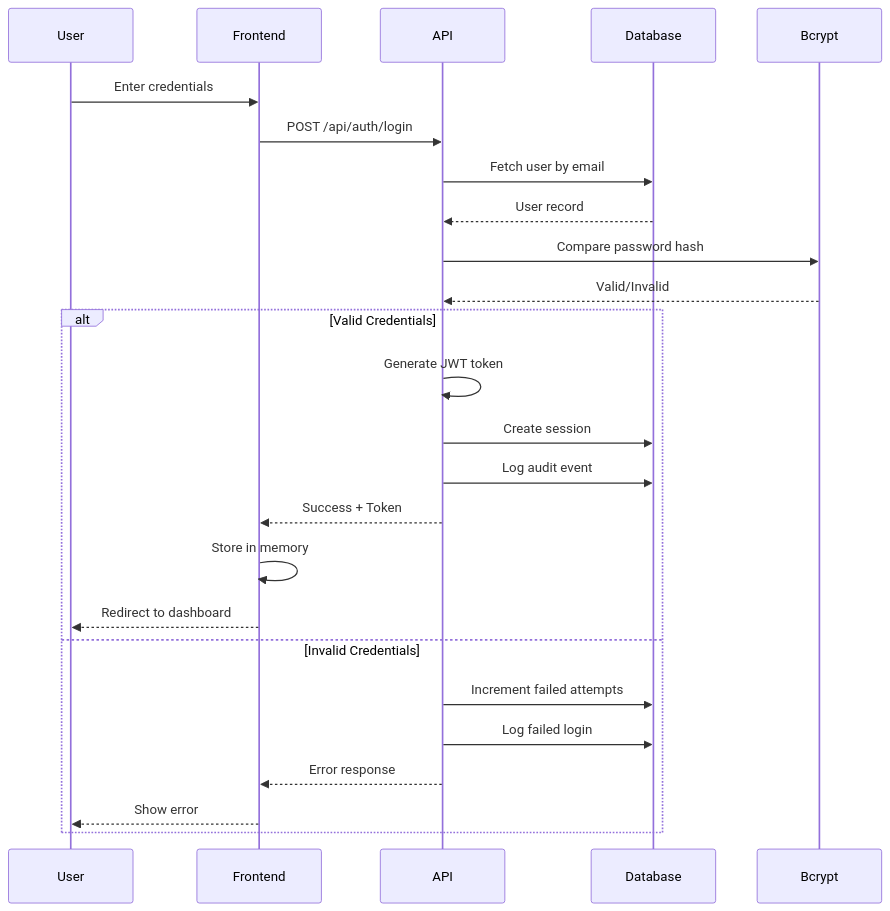
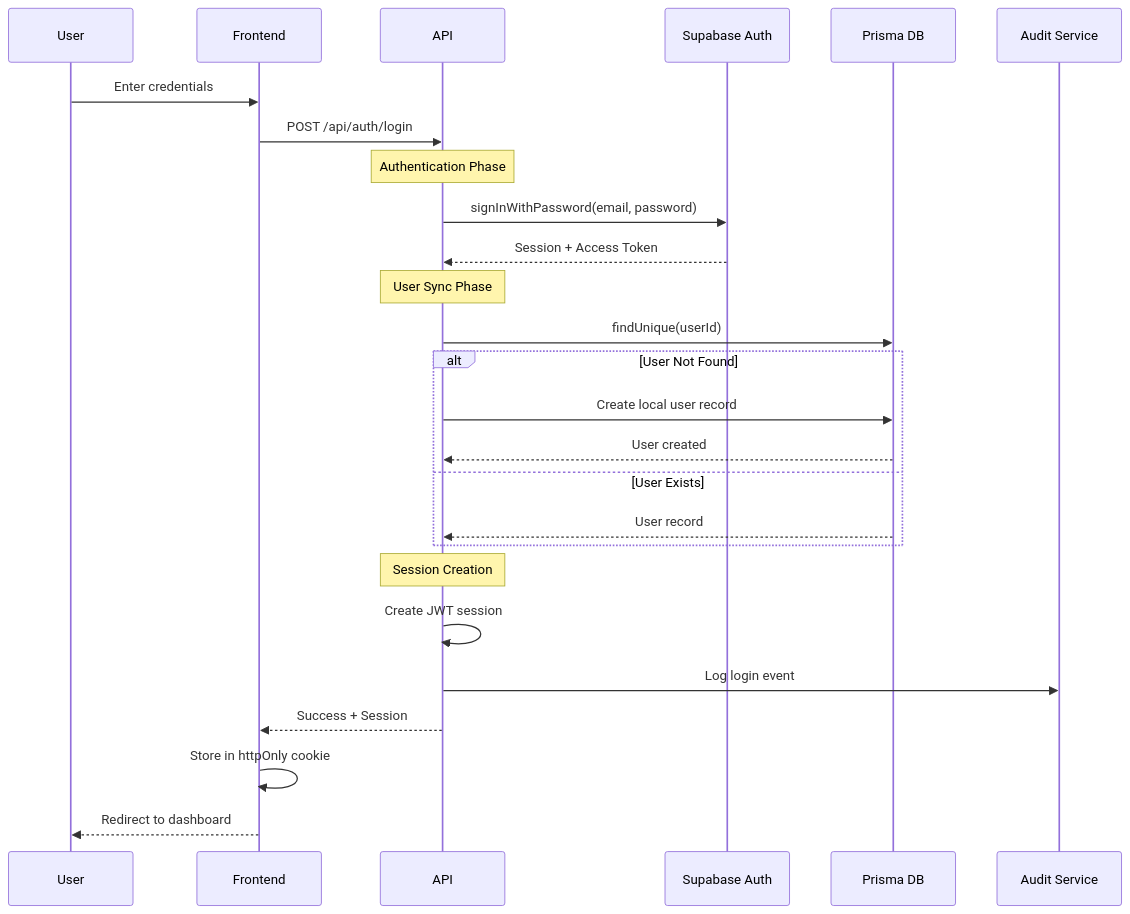
One commit to gabeviggers/antevus-app changed the third of 10 diagrams in antevus-app/SYSTEM_ARCHITECTURE.md. Above: the diagram before and after it, drawn with Mermaid. The commit also changed other lines of this file and 40 other files, not shown here.

````diff
--- a/antevus-app/SYSTEM_ARCHITECTURE.md
+++ b/antevus-app/SYSTEM_ARCHITECTURE.md
@@ -582,29 +583,32 @@
 ```mermaid
 sequenceDiagram
     participant User
     participant Frontend
     participant API
-    participant Database
-    participant Bcrypt
+    participant Supabase Auth
+    participant Prisma DB
+    participant Audit Service
 
     User->>Frontend: Enter credentials
     Frontend->>API: POST /api/auth/login
-    API->>Database: Fetch user by email
-    Database-->>API: User record
-    API->>Bcrypt: Compare password hash
-    Bcrypt-->>API: Valid/Invalid
 
-    alt Valid Credentials
-        API->>API: Generate JWT token
-        API->>Database: Create session
-        API->>Database: Log audit event
-        API-->>Frontend: Success + Token
-        Frontend->>Frontend: Store in memory
-        Frontend-->>User: Redirect to dashboard
-    else Invalid Credentials
-        API->>Database: Increment failed attempts
-        API->>Database: Log failed login
-        API-->>Frontend: Error response
-        Frontend-->>User: Show error
+    Note over API: Authentication Phase
+    API->>Supabase Auth: signInWithPassword(email, password)
+    Supabase Auth-->>API: Session + Access Token
+
+    Note over API: User Sync Phase
+    API->>Prisma DB: findUnique(userId)
+    alt User Not Found
+        API->>Prisma DB: Create local user record
+        Prisma DB-->>API: User created
+    else User Exists
+        Prisma DB-->>API: User record
     end
+
+    Note over API: Session Creation
+    API->>API: Create JWT session
+    API->>Audit Service: Log login event
+    API-->>Frontend: Success + Session
+    Frontend->>Frontend: Store in httpOnly cookie
+    Frontend-->>User: Redirect to dashboard
 ```
````
